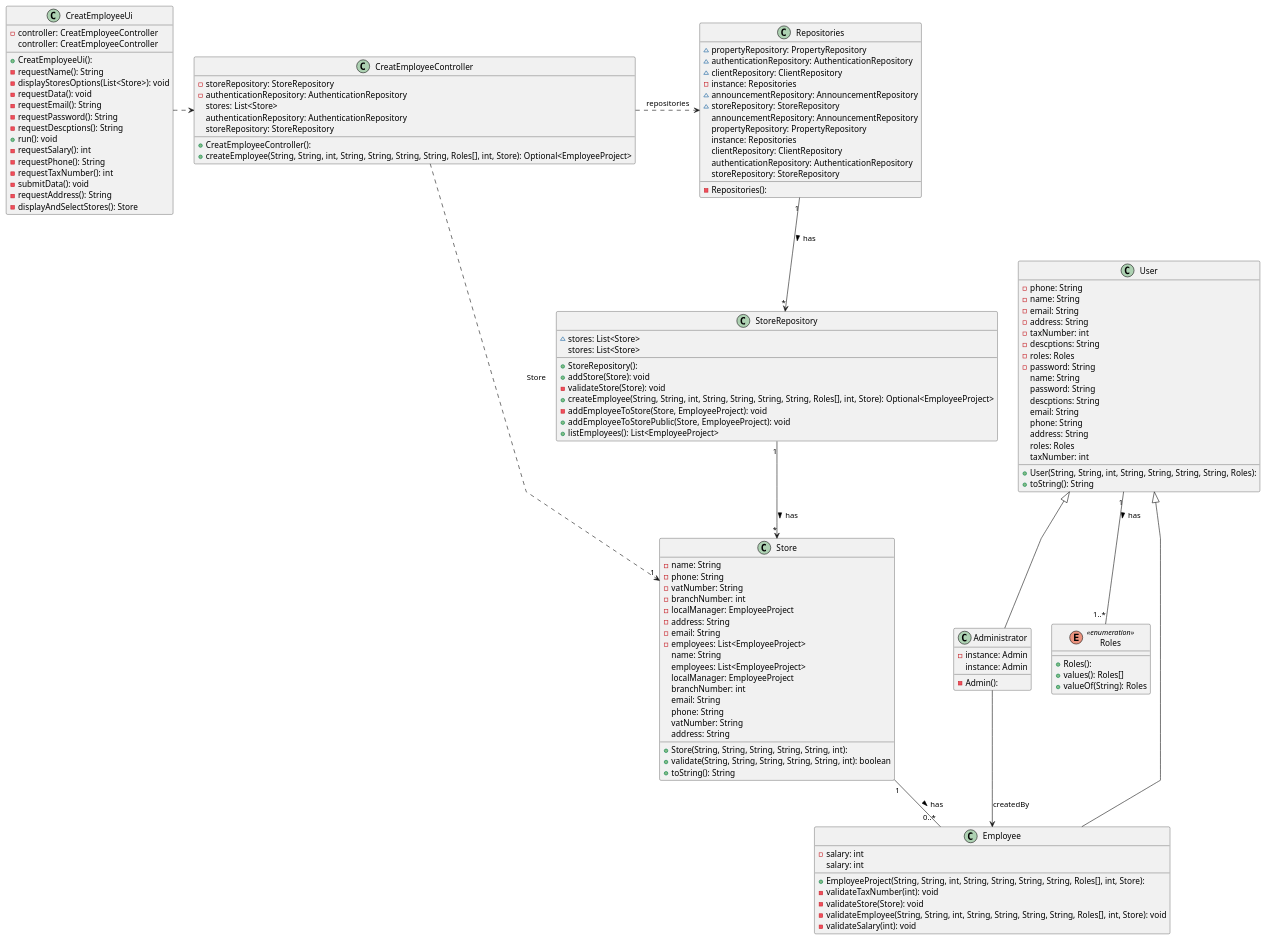
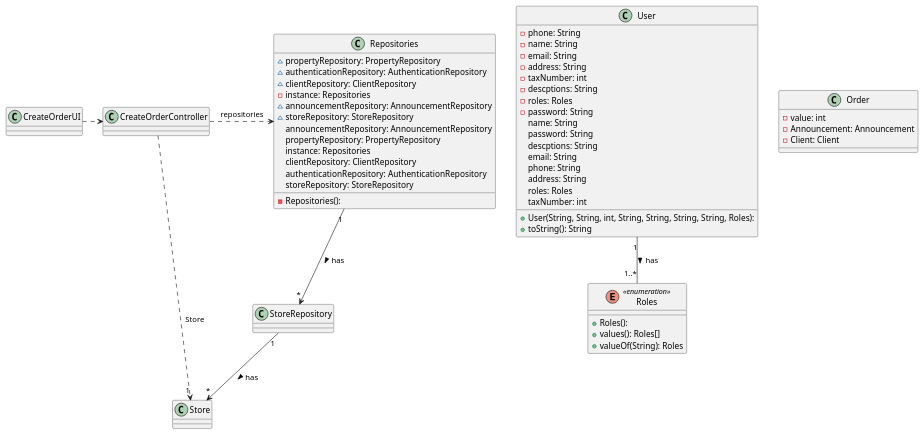
Before and after one commit to hugosilva2901/lei-22-s2-1DO-g68: the diagram in lei-22-s2-1do-g68/docs/SprintC/us010/03.design/puml/us003-class-diagram.puml, drawn with PlantUML. The commit also changed 6 other files, not shown here.

```diff
--- a/lei-22-s2-1do-g68/docs/SprintC/us010/03.design/puml/us003-class-diagram.puml
+++ b/lei-22-s2-1do-g68/docs/SprintC/us010/03.design/puml/us003-class-diagram.puml
@@ -1,138 +1,70 @@
 @startuml
 'skinparam monochrome true
 skinparam packageStyle rectangle
 skinparam shadowing false
 skinparam linetype polyline
 'skinparam linetype orto
 
 skinparam classAttributeIconSize "2"
 'left to right direction
 class Repositories {
   - Repositories():
   ~ propertyRepository: PropertyRepository
   ~ authenticationRepository: AuthenticationRepository
   ~ clientRepository: ClientRepository
   - instance: Repositories
   ~ announcementRepository: AnnouncementRepository
   ~ storeRepository: StoreRepository
    announcementRepository: AnnouncementRepository
    propertyRepository: PropertyRepository
    instance: Repositories
    clientRepository: ClientRepository
    authenticationRepository: AuthenticationRepository
    storeRepository: StoreRepository
 }
 
-class StoreRepository {
-  + StoreRepository():
-  ~ stores: List<Store>
-  + addStore(Store): void
-  - validateStore(Store): void
-  + createEmployee(String, String, int, String, String, String, String, Roles[], int, Store): Optional<EmployeeProject>
-  - addEmployeeToStore(Store, EmployeeProject): void
-  + addEmployeeToStorePublic(Store, EmployeeProject): void
-  + listEmployees(): List<EmployeeProject>
-   stores: List<Store>
-}
-
-class CreatEmployeeUi {
-  + CreatEmployeeUi():
-  - controller: CreatEmployeeController
-  - requestName(): String
-  - displayStoresOptions(List<Store>): void
-  - requestData(): void
-  - requestEmail(): String
-  - requestPassword(): String
-  - requestDescptions(): String
-  + run(): void
-  - requestSalary(): int
-  - requestPhone(): String
-  - requestTaxNumber(): int
-  - submitData(): void
-  - requestAddress(): String
-  - displayAndSelectStores(): Store
-   controller: CreatEmployeeController
-}
-class CreatEmployeeController {
-  + CreatEmployeeController():
-  - storeRepository: StoreRepository
-  - authenticationRepository: AuthenticationRepository
-  + createEmployee(String, String, int, String, String, String, String, Roles[], int, Store): Optional<EmployeeProject>
-   stores: List<Store>
-   authenticationRepository: AuthenticationRepository
-   storeRepository: StoreRepository
-}
 
 class User {
   + User(String, String, int, String, String, String, String, Roles):
   - phone: String
   - name: String
   - email: String
   - address: String
   - taxNumber: int
   - descptions: String
   - roles: Roles
   - password: String
   + toString(): String
    name: String
    password: String
    descptions: String
    email: String
    phone: String
    address: String
    roles: Roles
    taxNumber: int
 }
 enum Roles << enumeration >> {
   + Roles():
   + values(): Roles[]
   + valueOf(String): Roles
 }
 
-
-class Employee extends User{
-  + EmployeeProject(String, String, int, String, String, String, String, Roles[], int, Store):
-    - salary: int
-    - validateTaxNumber(int): void
-    - validateStore(Store): void
-    - validateEmployee(String, String, int, String, String, String, String, Roles[], int, Store): void
-    - validateSalary(int): void
-     salary: int
+class CreateOrderUI{
+}
+class CreateOrderController{
 }
 
-class Administrator extends User{
-  - Admin():
-  - instance: Admin
-   instance: Admin
-}
-class Store {
-  + Store(String, String, String, String, String, int):
-  - name: String
-  - phone: String
-  - vatNumber: String
-  - branchNumber: int
-  - localManager: EmployeeProject
-  - address: String
-  - email: String
-  - employees: List<EmployeeProject>
-  + validate(String, String, String, String, String, int): boolean
-  + toString(): String
-   name: String
-   employees: List<EmployeeProject>
-   localManager: EmployeeProject
-   branchNumber: int
-   email: String
-   phone: String
-   vatNumber: String
-   address: String
+class Order{
+    - value: int
+    -Announcement: Announcement
+    -Client: Client
 }
 
-Store "1" -- "0..*" Employee : has >
 User "1"--"1..*" Roles : has >
-CreatEmployeeController .> Repositories : repositories
-CreatEmployeeUi .> CreatEmployeeController
-Administrator --> Employee : createdBy
-CreatEmployeeController ..> "1" Store : Store
+CreateOrderController .> Repositories : repositories
+CreateOrderUI .> CreateOrderController
+CreateOrderController ..> "1" Store : Store
 Repositories "1" --> "*" StoreRepository : has >
 StoreRepository "1" --> "*" Store : has >
 @enduml
```
